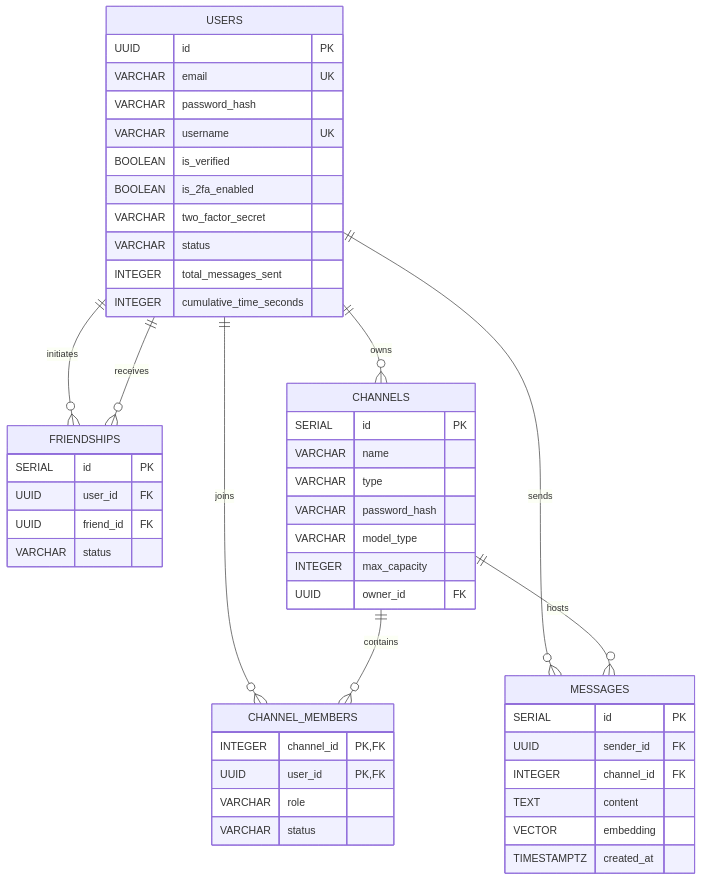
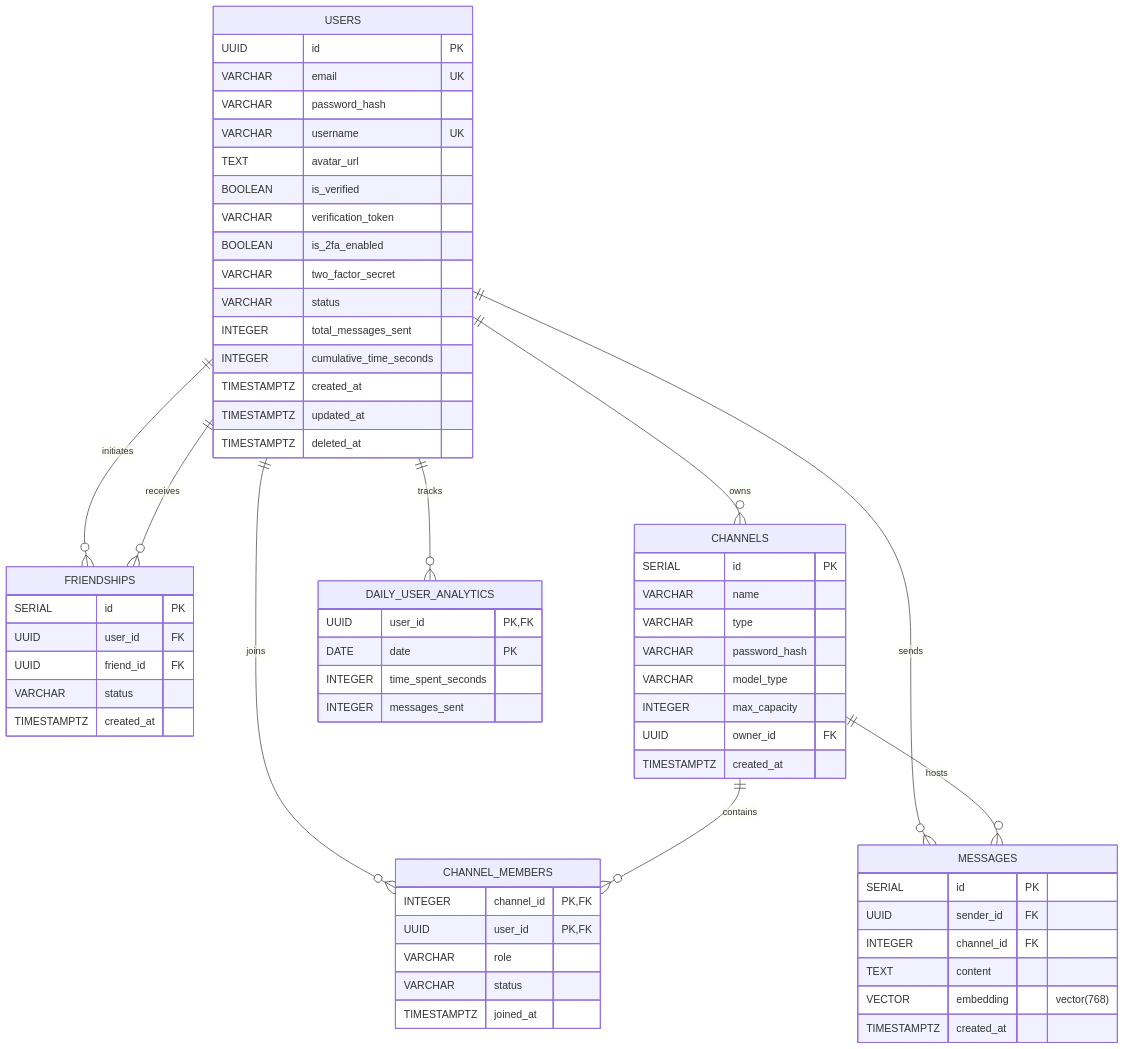
The diagram in README.md (haiuaki/ft_transcendence), drawn with Mermaid before and after one commit. The commit also changed other lines of this file, not shown here.

````diff
--- a/README.md
+++ b/README.md
@@ -124,52 +185,67 @@
 ```mermaid
 erDiagram
     USERS ||--o{ FRIENDSHIPS : "initiates"
     USERS ||--o{ FRIENDSHIPS : "receives"
     USERS ||--o{ CHANNELS : "owns"
     USERS ||--o{ CHANNEL_MEMBERS : "joins"
     USERS ||--o{ MESSAGES : "sends"
+    USERS ||--o{ DAILY_USER_ANALYTICS : "tracks"
     CHANNELS ||--o{ CHANNEL_MEMBERS : "contains"
     CHANNELS ||--o{ MESSAGES : "hosts"
 
     USERS {
         UUID id PK
         VARCHAR email UK
         VARCHAR password_hash
         VARCHAR username UK
+        TEXT avatar_url
         BOOLEAN is_verified
+        VARCHAR verification_token
         BOOLEAN is_2fa_enabled
         VARCHAR two_factor_secret
         VARCHAR status
         INTEGER total_messages_sent
         INTEGER cumulative_time_seconds
+        TIMESTAMPTZ created_at
+        TIMESTAMPTZ updated_at
+        TIMESTAMPTZ deleted_at
+    }
+    DAILY_USER_ANALYTICS {
+        UUID user_id PK, FK
+        DATE date PK
+        INTEGER time_spent_seconds
+        INTEGER messages_sent
     }
     FRIENDSHIPS {
         SERIAL id PK
         UUID user_id FK
         UUID friend_id FK
         VARCHAR status
+        TIMESTAMPTZ created_at
     }
     CHANNELS {
         SERIAL id PK
         VARCHAR name
         VARCHAR type
         VARCHAR password_hash
         VARCHAR model_type
         INTEGER max_capacity
         UUID owner_id FK
+        TIMESTAMPTZ created_at
     }
     CHANNEL_MEMBERS {
         INTEGER channel_id PK, FK
         UUID user_id PK, FK
         VARCHAR role
         VARCHAR status
+        TIMESTAMPTZ joined_at
     }
     MESSAGES {
         SERIAL id PK
         UUID sender_id FK
         INTEGER channel_id FK
         TEXT content
-        VECTOR embedding
+        VECTOR embedding "vector(768)"
         TIMESTAMPTZ created_at
     }
 ```
````
